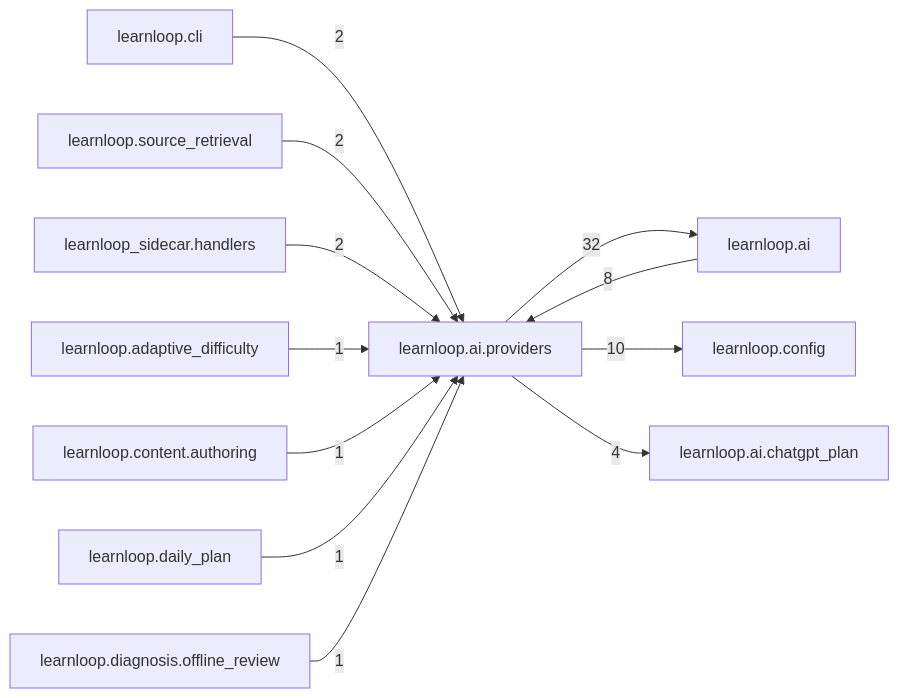
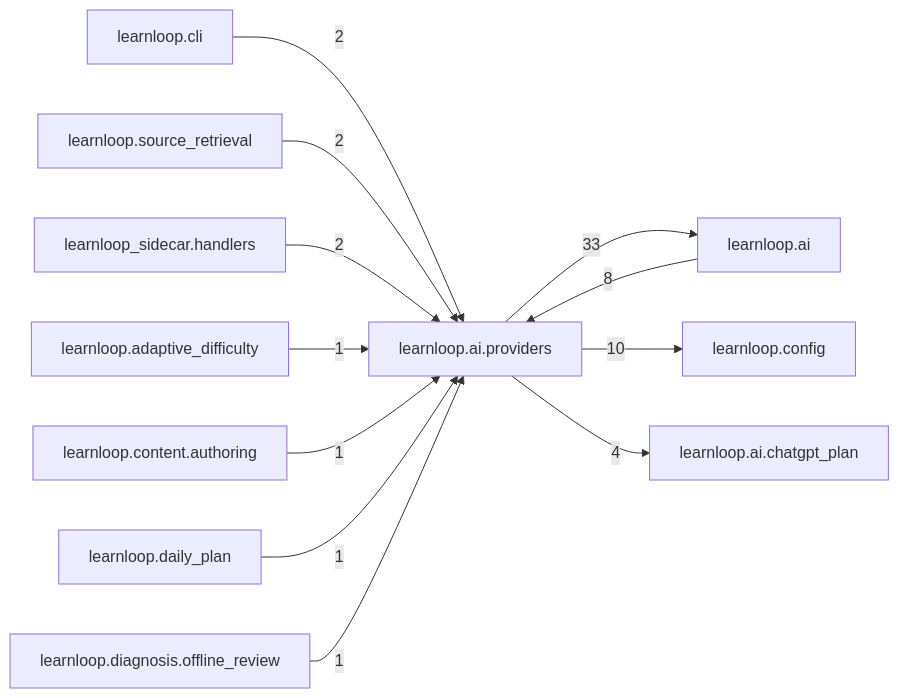
The diagram in docs/learnloop-architecture-vault/Reference/Modules/learnloop/ai/providers/_package.md (6up-b/learnanything), drawn with Mermaid before and after one commit. The commit also changed other lines of this file and 85 other files, not shown here.

````diff
--- a/docs/learnloop-architecture-vault/Reference/Modules/learnloop/ai/providers/_package.md
+++ b/docs/learnloop-architecture-vault/Reference/Modules/learnloop/ai/providers/_package.md
@@ -93,25 +93,25 @@
 ```mermaid
 flowchart LR
     center["learnloop.ai.providers"]
     n_learnloop_ai["learnloop.ai"]
     n_learnloop_config["learnloop.config"]
     n_learnloop_ai_chatgpt_plan["learnloop.ai.chatgpt_plan"]
     n_learnloop_cli["learnloop.cli"]
     n_learnloop_source_retrieval["learnloop.source_retrieval"]
     n_learnloop_sidecar_handlers["learnloop_sidecar.handlers"]
     n_learnloop_adaptive_difficulty["learnloop.adaptive_difficulty"]
     n_learnloop_content_authoring["learnloop.content.authoring"]
     n_learnloop_daily_plan["learnloop.daily_plan"]
     n_learnloop_diagnosis_offline_review["learnloop.diagnosis.offline_review"]
     n_learnloop_ai -->|8| center
-    center -->|32| n_learnloop_ai
+    center -->|33| n_learnloop_ai
     center -->|10| n_learnloop_config
     center -->|4| n_learnloop_ai_chatgpt_plan
     n_learnloop_cli -->|2| center
     n_learnloop_source_retrieval -->|2| center
     n_learnloop_sidecar_handlers -->|2| center
     n_learnloop_adaptive_difficulty -->|1| center
     n_learnloop_content_authoring -->|1| center
     n_learnloop_daily_plan -->|1| center
     n_learnloop_diagnosis_offline_review -->|1| center
 ```
````
